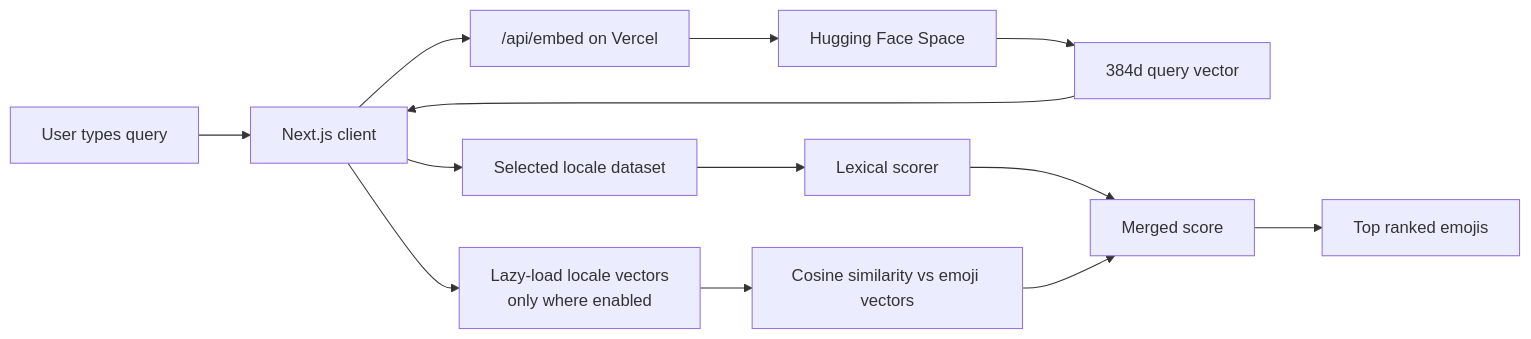
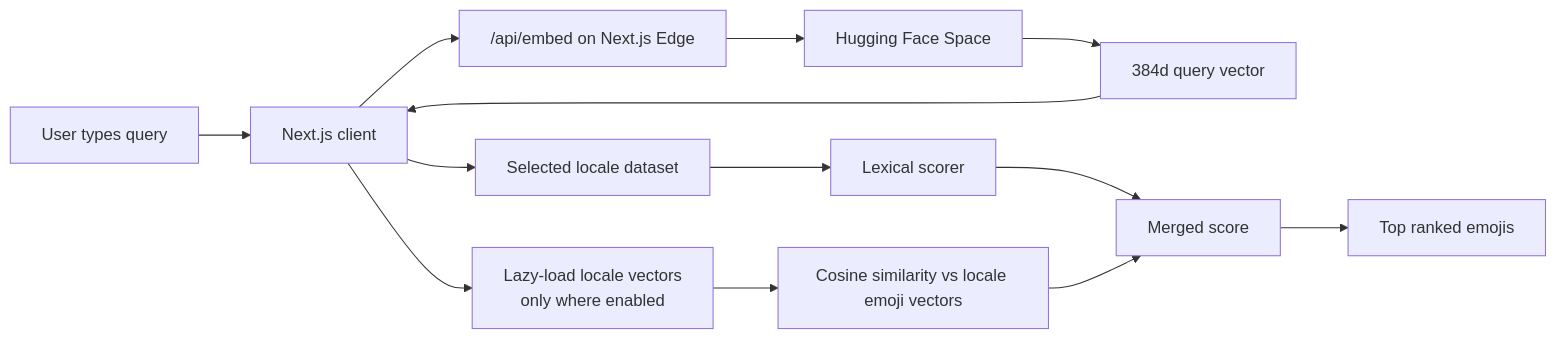
Before and after one commit to heinko/my-emoji-search: the first of 2 diagrams in README.md, drawn with Mermaid. The commit also changed other lines of this file and 13 other files, not shown here.

````diff
--- a/README.md
+++ b/README.md
@@ -42,15 +43,15 @@
 ```mermaid
 flowchart LR
     U["User types query"] --> C["Next.js client"]
     C --> S["Selected locale dataset"]
     S --> L["Lexical scorer"]
-    C --> A["/api/embed on Vercel"]
+    C --> A["/api/embed on Next.js Edge"]
     A --> H["Hugging Face Space"]
     H --> V["384d query vector"]
     V --> C
     C --> X["Lazy-load locale vectors<br/>only where enabled"]
-    X --> R["Cosine similarity vs emoji vectors"]
+    X --> R["Cosine similarity vs locale emoji vectors"]
     L --> M["Merged score"]
     R --> M
     M --> O["Top ranked emojis"]
 ```
````
